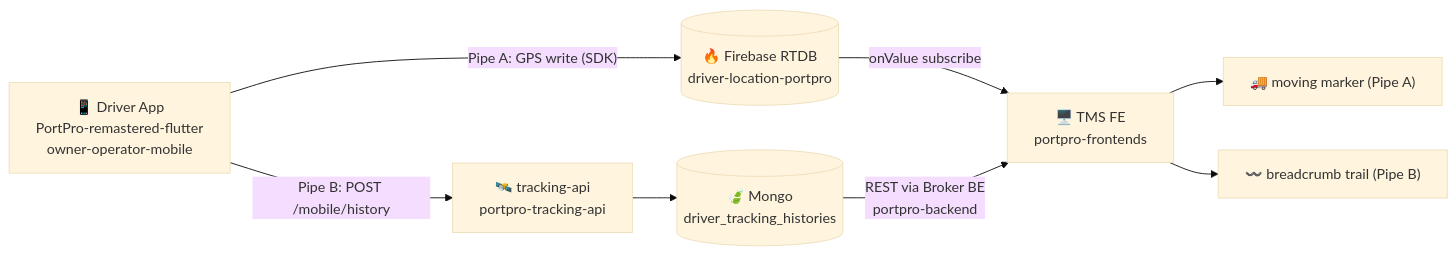
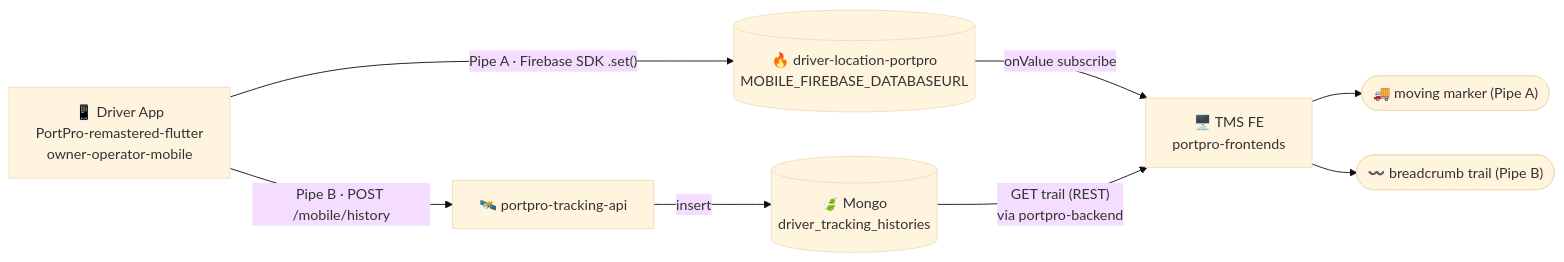
One commit to lamadev7/Obsidian-Vault changed the first of 5 diagrams in raw/Live Tracking Architecture/00 - Firebase Tracking Overview.md. Above: the diagram before and after it, drawn with Mermaid (base theme). The commit also changed other lines of this file and 2 other files, not shown here.

Commit message:
Convert all tracking diagrams to labeled flowcharts (DBs, endpoints, routes on edges)

````diff
--- a/raw/Live Tracking Architecture/00 - Firebase Tracking Overview.md
+++ b/raw/Live Tracking Architecture/00 - Firebase Tracking Overview.md
@@ -20,11 +20,11 @@
 ```mermaid
 flowchart LR
   App["📱 Driver App<br/>PortPro-remastered-flutter<br/>owner-operator-mobile"]
-  App -->|"Pipe A: GPS write (SDK)"| FB[("🔥 Firebase RTDB<br/>driver-location-portpro")]
-  App -->|"Pipe B: POST /mobile/history"| TA["🛰️ tracking-api<br/>portpro-tracking-api"]
-  TA --> M[("🍃 Mongo<br/>driver_tracking_histories")]
+  App -->|"Pipe A · Firebase SDK .set()"| FB[("🔥 driver-location-portpro<br/>MOBILE_FIREBASE_DATABASEURL")]
+  App -->|"Pipe B · POST /mobile/history"| TA["🛰️ portpro-tracking-api"]
+  TA -->|"insert"| M[("🍃 Mongo<br/>driver_tracking_histories")]
   FB -->|"onValue subscribe"| FE["🖥️ TMS FE<br/>portpro-frontends"]
-  M -->|"REST via Broker BE<br/>portpro-backend"| FE
-  FE --> Marker["🚚 moving marker (Pipe A)"]
-  FE --> Trail["〰️ breadcrumb trail (Pipe B)"]
+  M -->|"GET trail (REST)<br/>via portpro-backend"| FE
+  FE --> Marker(["🚚 moving marker (Pipe A)"])
+  FE --> Trail(["〰️ breadcrumb trail (Pipe B)"])
 ```
````
